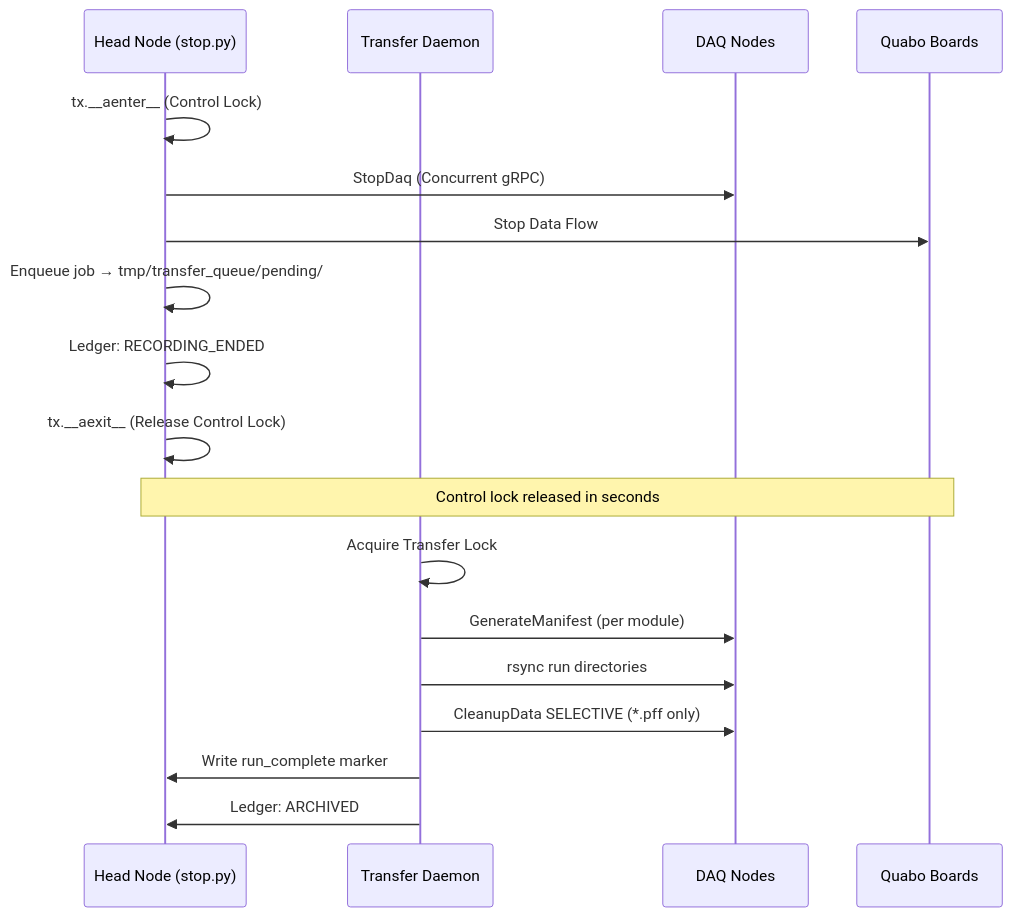
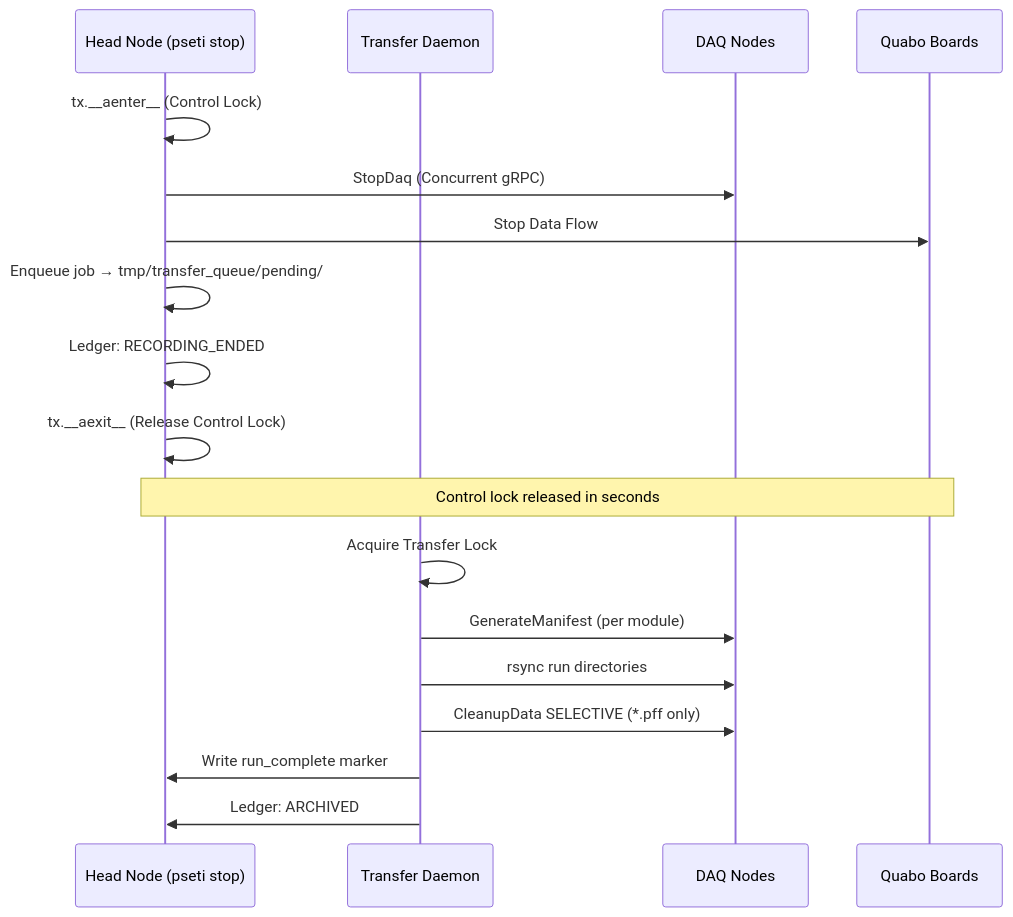
One commit to panoseti/panoseti changed the fourth of 4 diagrams in control/TRANSACTIONS.md. Above: the diagram before and after it, drawn with Mermaid. The commit also changed other lines of this file and 47 other files, not shown here.

````diff
--- a/control/TRANSACTIONS.md
+++ b/control/TRANSACTIONS.md
@@ -168,23 +168,23 @@
 ```mermaid
 sequenceDiagram
-    participant Head as Head Node (stop.py)
+    participant Head as Head Node (pseti stop)
     participant Daemon as Transfer Daemon
     participant DAQ as DAQ Nodes
     participant Quabo as Quabo Boards
 
     Head->>Head: tx.__aenter__ (Control Lock)
     Head->>DAQ: StopDaq (Concurrent gRPC)
     Head->>Quabo: Stop Data Flow
     Head->>Head: Enqueue job → tmp/transfer_queue/pending/
     Head->>Head: Ledger: RECORDING_ENDED
     Head->>Head: tx.__aexit__ (Release Control Lock)
 
     Note over Head,Quabo: Control lock released in seconds
 
     Daemon->>Daemon: Acquire Transfer Lock
     Daemon->>DAQ: GenerateManifest (per module)
     Daemon->>DAQ: rsync run directories
     Daemon->>DAQ: CleanupData SELECTIVE (*.pff only)
     Daemon->>Head: Write run_complete marker
     Daemon->>Head: Ledger: ARCHIVED
 ```
````
